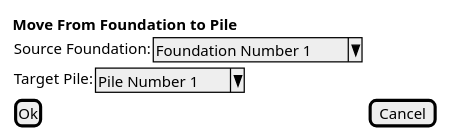
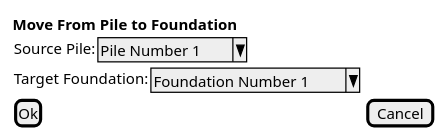
The diagram in userInterface/MovePileToFoundation.puml (ciscoruiz/klondike), drawn with PlantUML before and after one commit.

Commit message:
Show the user interface prototype for MovePileToFoundation

```diff
--- a/userInterface/MovePileToFoundation.puml
+++ b/userInterface/MovePileToFoundation.puml
@@ -1,10 +1,10 @@
 @startsalt
 
 {
-<b>Move From Foundation to Pile
-   { Source Foundation: | ^Foundation Number 1^ }
-   { Target Pile: | ^Pile Number 1^ }
+<b>Move From Pile to Foundation
+   { Source Pile: | ^Pile Number 1^ }
+   { Target Foundation: | ^Foundation Number 1^ }
    [Ok]|[Cancel]
 }
 
 @endsalt
```
